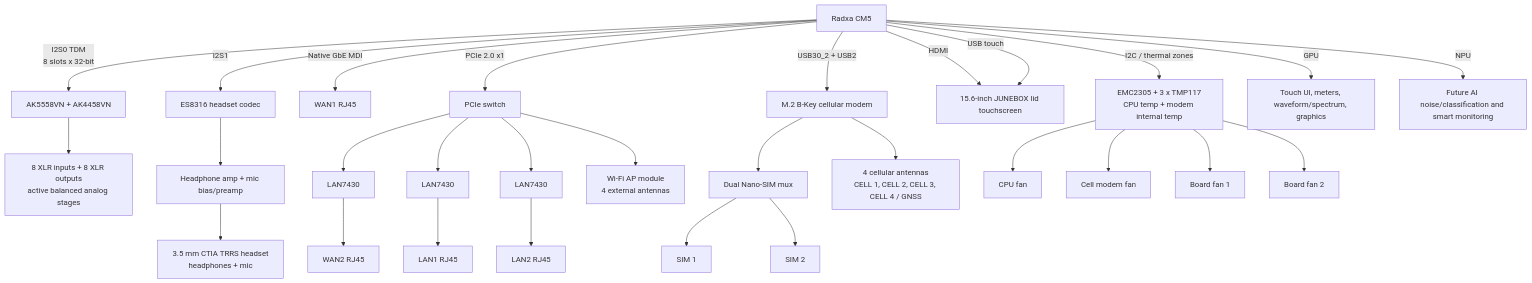
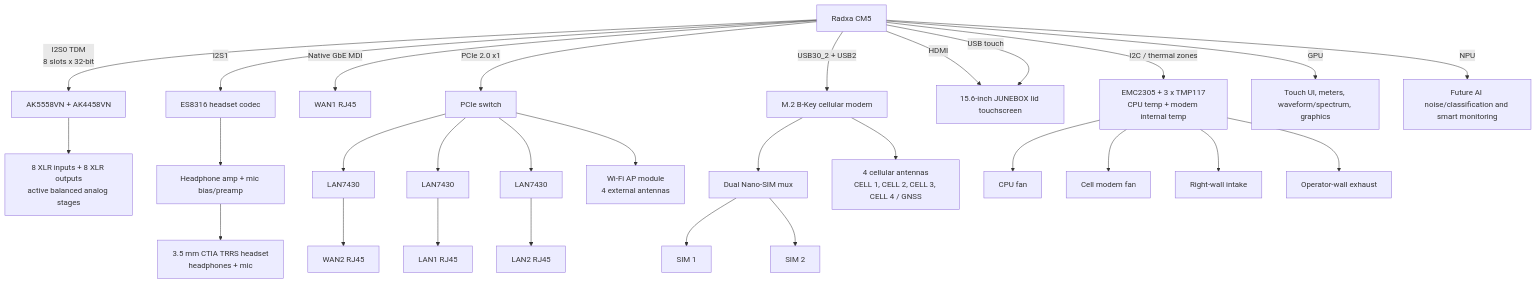
Before and after one commit to omaralabed/Radxa-CM5-PCB: the second of 2 diagrams in notes/system-block-diagram.md, drawn with Mermaid. The commit also changed other lines of this file and 37 other files, not shown here.

````diff
--- a/notes/system-block-diagram.md
+++ b/notes/system-block-diagram.md
@@ -52,39 +53,39 @@
 ```mermaid
 flowchart TB
   CM5["Radxa CM5"]
 
   CM5 -- "I2S0 TDM<br/>8 slots x 32-bit" --> AKM["AK5558VN + AK4458VN"]
   AKM --> XLR["8 XLR inputs + 8 XLR outputs<br/>active balanced analog stages"]
 
   CM5 -- "I2S1" --> HSCODEC["ES8316 headset codec"]
   HSCODEC --> HSAMP["Headphone amp + mic bias/preamp"]
   HSAMP --> HJACK["3.5 mm CTIA TRRS headset<br/>headphones + mic"]
 
   CM5 -- "Native GbE MDI" --> WAN1["WAN1 RJ45"]
   CM5 -- "PCIe 2.0 x1" --> PCIESW["PCIe switch"]
   PCIESW --> NIC2["LAN7430"]
   PCIESW --> NIC3["LAN7430"]
   PCIESW --> NIC4["LAN7430"]
   NIC2 --> WAN2["WAN2 RJ45"]
   NIC3 --> LAN1["LAN1 RJ45"]
   NIC4 --> LAN2["LAN2 RJ45"]
   PCIESW --> WIFI["Wi-Fi AP module<br/>4 external antennas"]
 
   CM5 -- "USB30_2 + USB2" --> MODEM["M.2 B-Key cellular modem"]
   MODEM --> SIMMUX["Dual Nano-SIM mux"]
   SIMMUX --> SIM1["SIM 1"]
   SIMMUX --> SIM2["SIM 2"]
   MODEM --> CELLANT["4 cellular antennas<br/>CELL 1, CELL 2, CELL 3, CELL 4 / GNSS"]
 
   CM5 -- "HDMI" --> DISPLAY["15.6-inch JUNEBOX lid touchscreen"]
   CM5 -- "USB touch" --> DISPLAY
 
   CM5 -- "I2C / thermal zones" --> THERMAL["EMC2305 + 3 x TMP117<br/>CPU temp + modem internal temp"]
   THERMAL --> FAN1["CPU fan"]
   THERMAL --> FAN2["Cell modem fan"]
-  THERMAL --> FAN3["Board fan 1"]
-  THERMAL --> FAN4["Board fan 2"]
+  THERMAL --> FAN3["Right-wall intake"]
+  THERMAL --> FAN4["Operator-wall exhaust"]
 
   CM5 -- "GPU" --> UI["Touch UI, meters, waveform/spectrum, graphics"]
   CM5 -- "NPU" --> AI["Future AI noise/classification and smart monitoring"]
 ```
````
